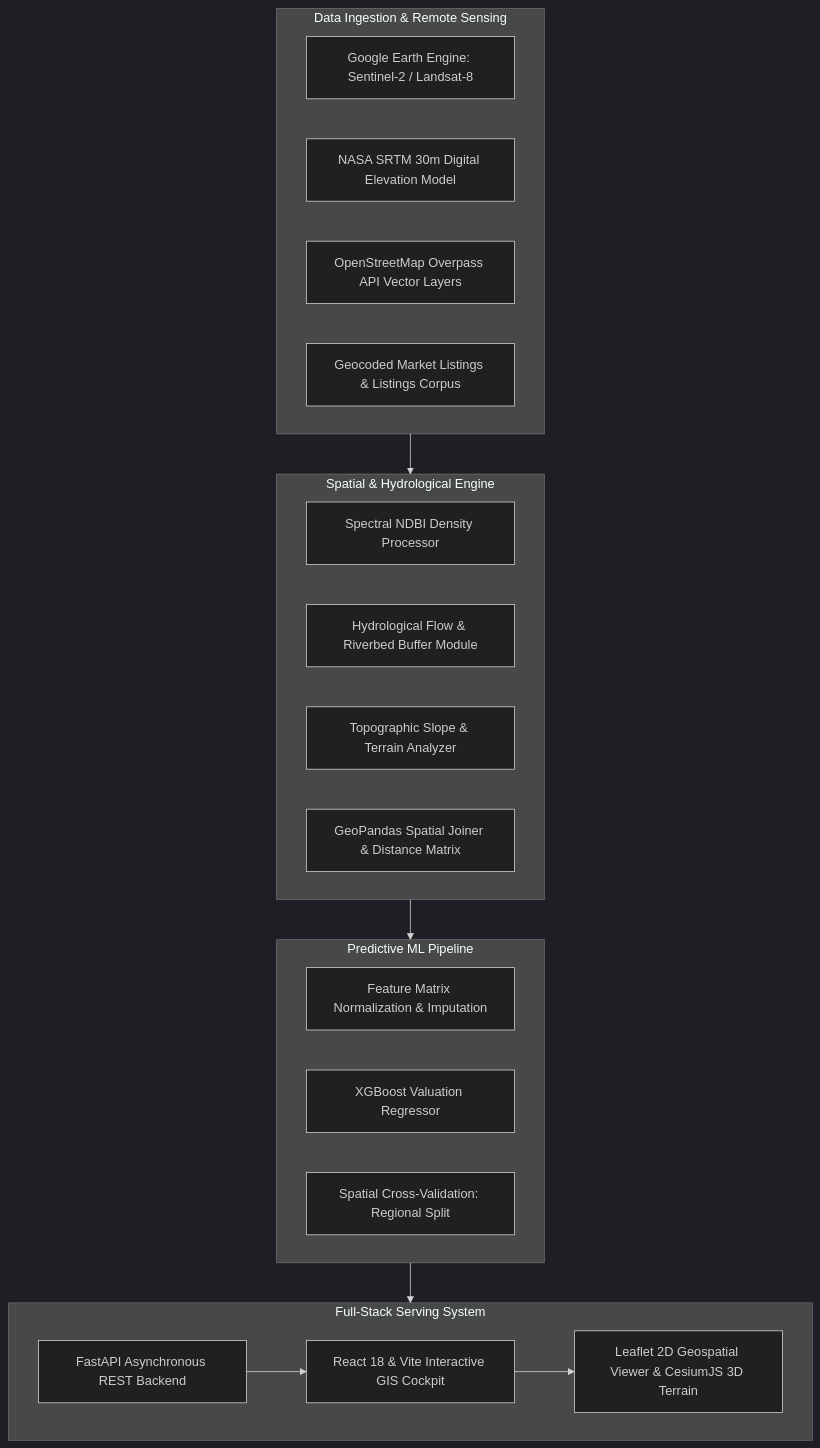
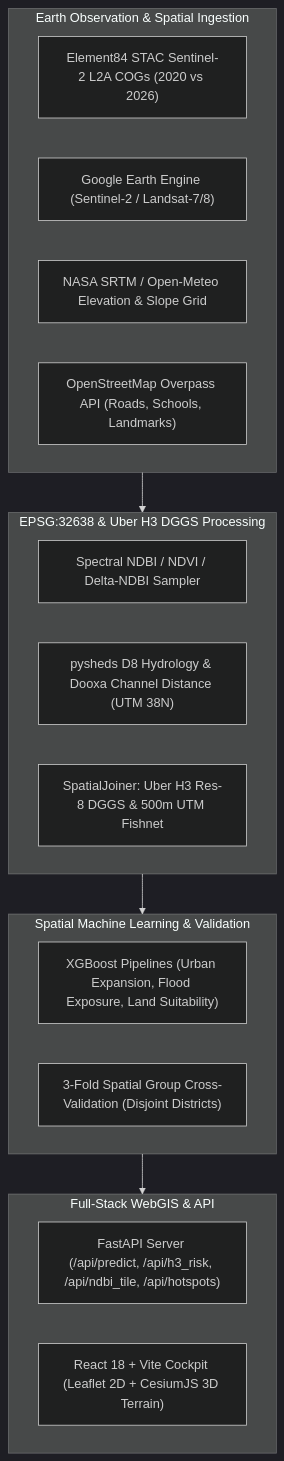
Before and after one commit to HamseMoismaila/SahanAI_Hargeisa: the diagram in README.md, drawn with Mermaid (dark theme). The commit also changed other lines of this file and 15 other files, not shown here.

Commit message:
feat: integrate Sentinel-2 STAC sampling, Dooxa hydrology, Uber H3 DGGS, and 3-fold Spatial Group CV

````diff
--- a/README.md
+++ b/README.md
@@ -86,34 +47,27 @@
 ```mermaid
 graph TD
-    subgraph Ingestion [Data Ingestion & Remote Sensing]
-        GEE[Google Earth Engine: Sentinel-2 / Landsat-8]
-        DEM[NASA SRTM 30m Digital Elevation Model]
-        OSM[OpenStreetMap Overpass API Vector Layers]
-        MKT[Geocoded Market Listings & Listings Corpus]
+    subgraph Ingestion ["Earth Observation & Spatial Ingestion"]
+        STAC["Element84 STAC Sentinel-2 L2A COGs (2020 vs 2026)"]
+        GEE["Google Earth Engine (Sentinel-2 / Landsat-7/8)"]
+        DEM["NASA SRTM / Open-Meteo Elevation & Slope Grid"]
+        OSM["OpenStreetMap Overpass API (Roads, Schools, Landmarks)"]
     end
 
-    subgraph Processing [Spatial & Hydrological Engine]
-        NDBI[Spectral NDBI Density Processor]
-        HYDRO[Hydrological Flow & Riverbed Buffer Module]
-        SLOPE[Topographic Slope & Terrain Analyzer]
-        JOIN[GeoPandas Spatial Joiner & Distance Matrix]
+    subgraph Processing ["EPSG:32638 & Uber H3 DGGS Processing"]
+        NDBI["Spectral NDBI / NDVI / Delta-NDBI Sampler"]
+        HYDRO["pysheds D8 Hydrology & Dooxa Channel Distance (UTM 38N)"]
+        H3["SpatialJoiner: Uber H3 Res-8 DGGS & 500m UTM Fishnet"]
     end
 
-    subgraph Machine_Learning [Predictive ML Pipeline]
-        MAT[Feature Matrix Normalization & Imputation]
-        XGB[XGBoost Valuation Regressor]
-        VAL[Spatial Cross-Validation: Regional Split]
+    subgraph ML ["Spatial Machine Learning & Validation"]
+        TRAIN["XGBoost Pipelines (Urban Expansion, Flood Exposure, Land Suitability)"]
+        SCV["3-Fold Spatial Group Cross-Validation (Disjoint Districts)"]
     end
 
-    subgraph Platform [Full-Stack Serving System]
-        API[FastAPI Asynchronous REST Backend]
-        WEB[React 18 & Vite Interactive GIS Cockpit]
-        MAP[Leaflet 2D Geospatial Viewer & CesiumJS 3D Terrain]
+    subgraph Platform ["Full-Stack WebGIS & API"]
+        API["FastAPI Server (/api/predict, /api/h3_risk, /api/ndbi_tile, /api/hotspots)"]
+        WEB["React 18 + Vite Cockpit (Leaflet 2D + CesiumJS 3D Terrain)"]
     end
 
-    Ingestion --> Processing
-    Processing --> Machine_Learning
-    Machine_Learning --> Platform
-    API --> WEB
-    WEB --> MAP
+    Ingestion --> Processing --> ML --> Platform
 ```
````
